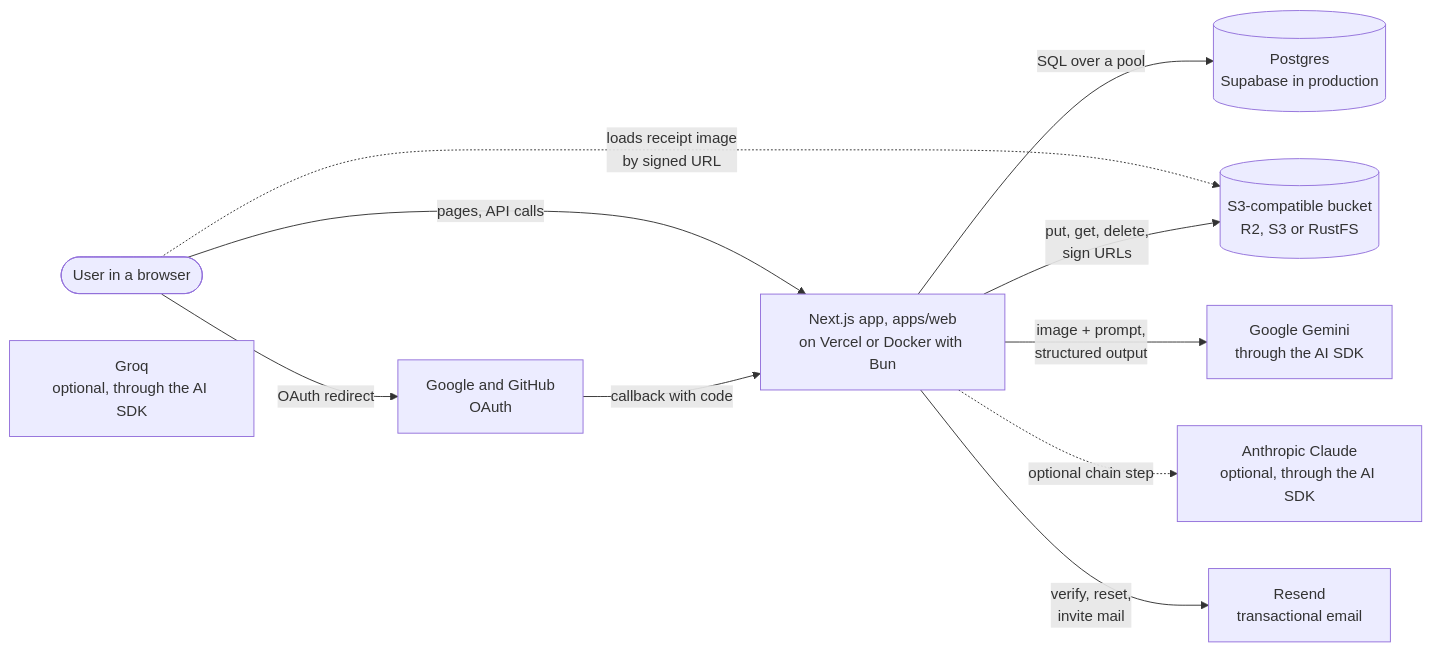
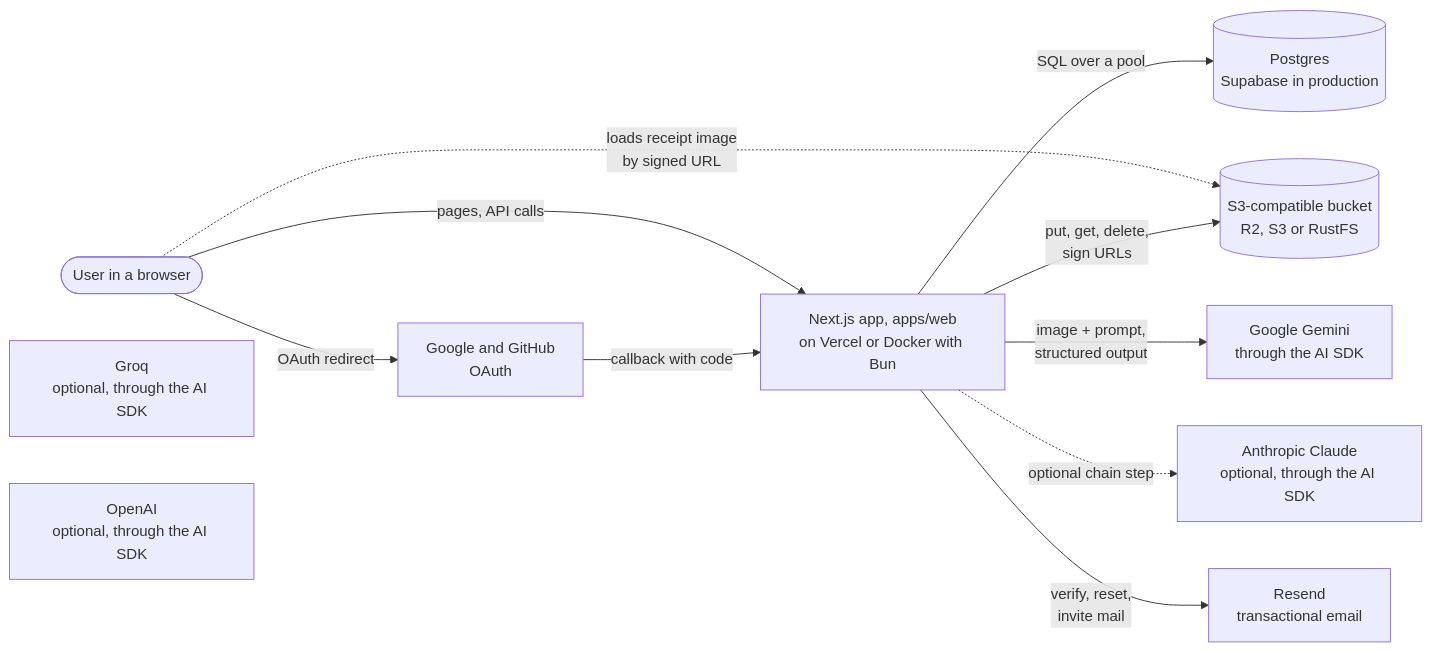
The first of 2 diagrams in docs/architecture/README.md (bhimrazy/receipt-ocr-app), drawn with Mermaid before and after one commit. The commit also changed other lines of this file and 29 other files, not shown here.

````diff
--- a/docs/architecture/README.md
+++ b/docs/architecture/README.md
@@ -24,22 +24,23 @@
 ```mermaid
 flowchart LR
   user([User in a browser])
   web[Next.js app, apps/web<br/>on Vercel or Docker with Bun]
   pg[(Postgres<br/>Supabase in production)]
   s3[(S3-compatible bucket<br/>R2, S3 or RustFS)]
   gemini[Google Gemini<br/>through the AI SDK]
   claude[Anthropic Claude<br/>optional, through the AI SDK]
   groq[Groq<br/>optional, through the AI SDK]
+  openai[OpenAI<br/>optional, through the AI SDK]
   resend[Resend<br/>transactional email]
   oauth[Google and GitHub<br/>OAuth]
 
   user -- "pages, API calls" --> web
   user -. "loads receipt image<br/>by signed URL" .-> s3
   web -- "SQL over a pool" --> pg
   web -- "put, get, delete,<br/>sign URLs" --> s3
   web -- "image + prompt,<br/>structured output" --> gemini
   web -. "optional chain step" .-> claude
   web -- "verify, reset,<br/>invite mail" --> resend
   user -- "OAuth redirect" --> oauth
   oauth -- "callback with code" --> web
 ```
````
